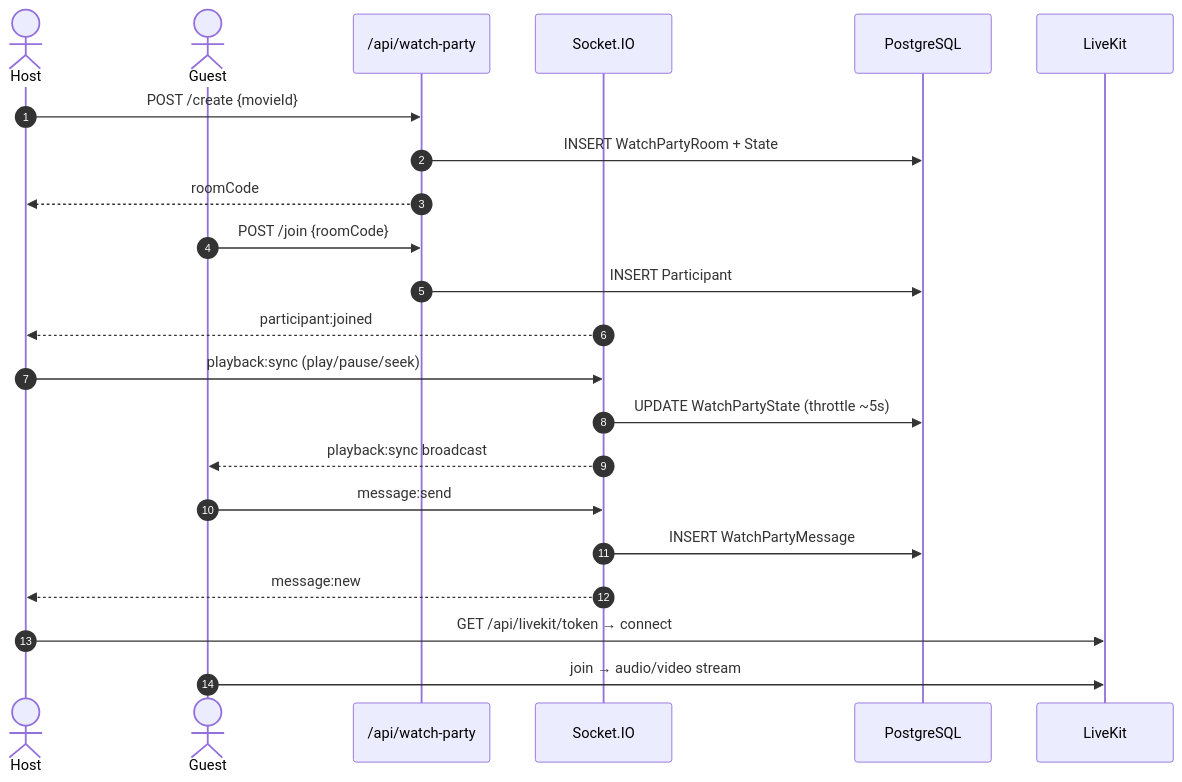
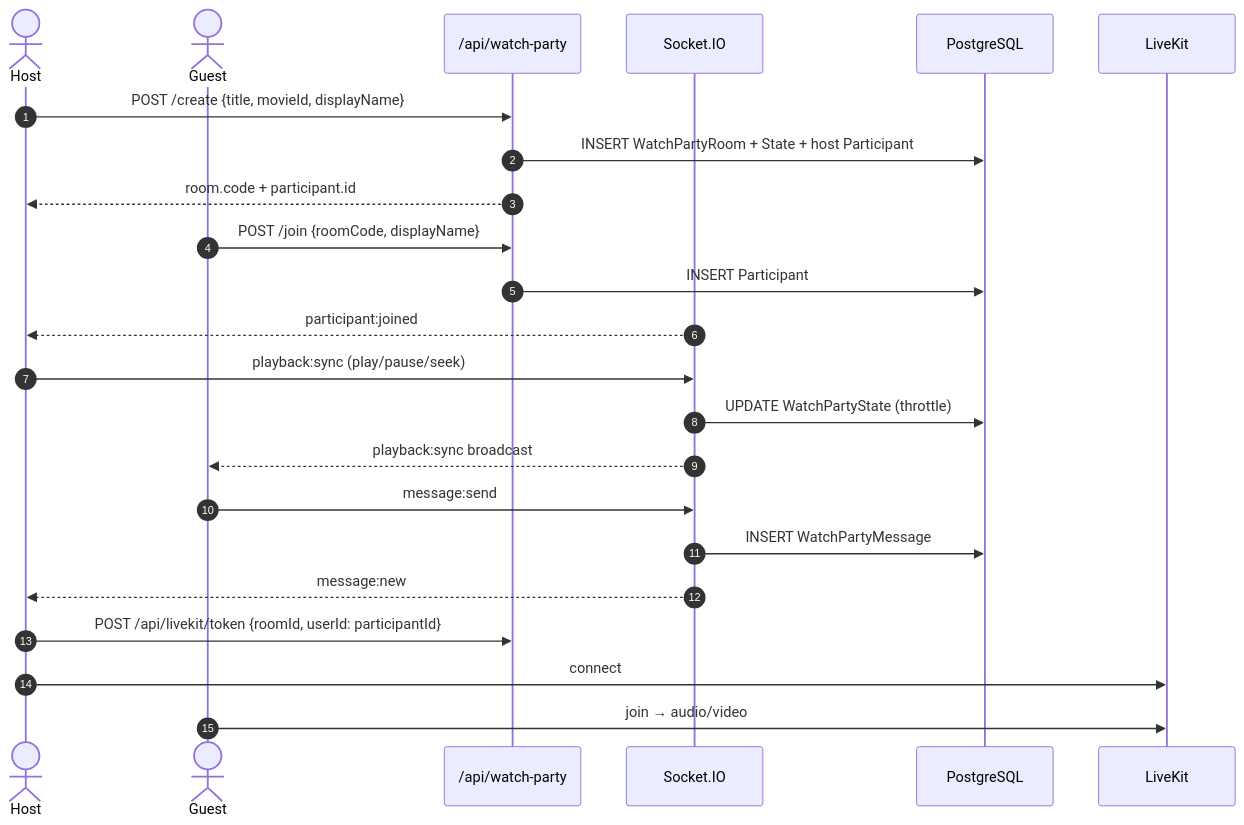
One commit to Terence-0310/TERENCE changed the sixth of 10 diagrams in README.md. Above: the diagram before and after it, drawn with Mermaid. The commit also changed other lines of this file and 191 other files, not shown here.

````diff
--- a/README.md
+++ b/README.md
@@ -711,25 +698,26 @@
 ```mermaid
 sequenceDiagram
     autonumber
     actor H as Host
     actor G as Guest
     participant API as /api/watch-party
     participant SIO as Socket.IO
     participant DB as PostgreSQL
     participant LK as LiveKit
 
-    H->>API: POST /create {movieId}
-    API->>DB: INSERT WatchPartyRoom + State
-    API-->>H: roomCode
-    G->>API: POST /join {roomCode}
+    H->>API: POST /create {title, movieId, displayName}
+    API->>DB: INSERT WatchPartyRoom + State + host Participant
+    API-->>H: room.code + participant.id
+    G->>API: POST /join {roomCode, displayName}
     API->>DB: INSERT Participant
     SIO-->>H: participant:joined
     H->>SIO: playback:sync (play/pause/seek)
-    SIO->>DB: UPDATE WatchPartyState (throttle ~5s)
+    SIO->>DB: UPDATE WatchPartyState (throttle)
     SIO-->>G: playback:sync broadcast
     G->>SIO: message:send
     SIO->>DB: INSERT WatchPartyMessage
     SIO-->>H: message:new
-    H->>LK: GET /api/livekit/token → connect
-    G->>LK: join → audio/video stream
+    H->>API: POST /api/livekit/token {roomId, userId: participantId}
+    H->>LK: connect
+    G->>LK: join → audio/video
 ```
````
